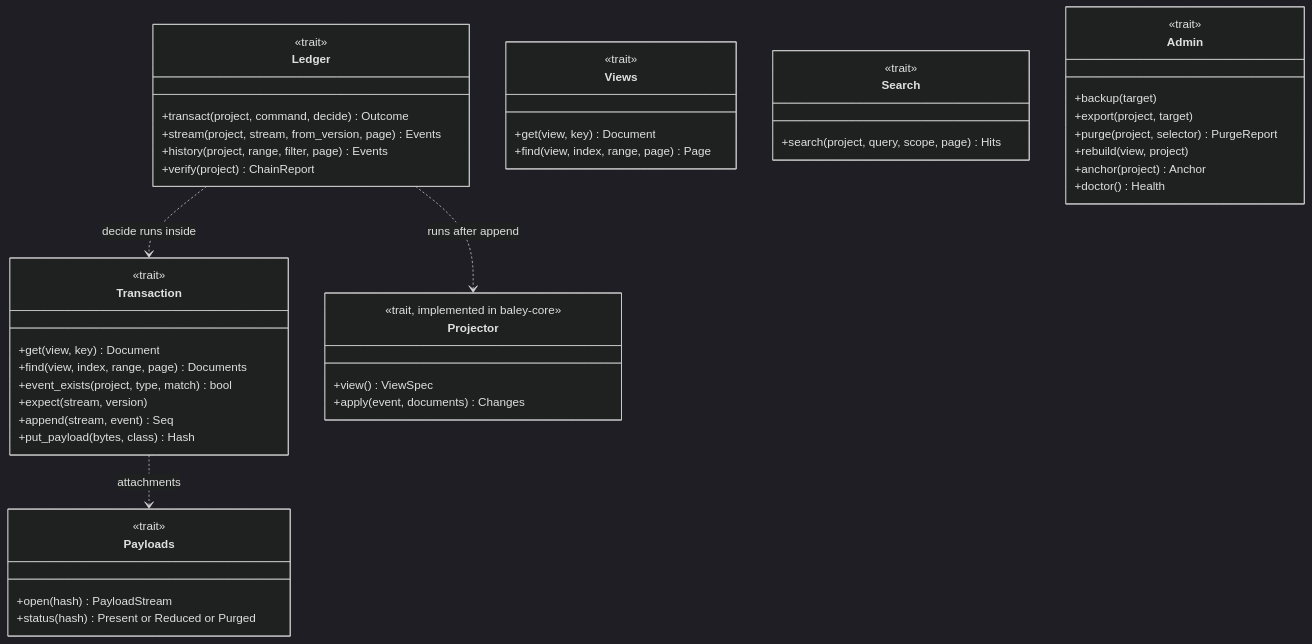
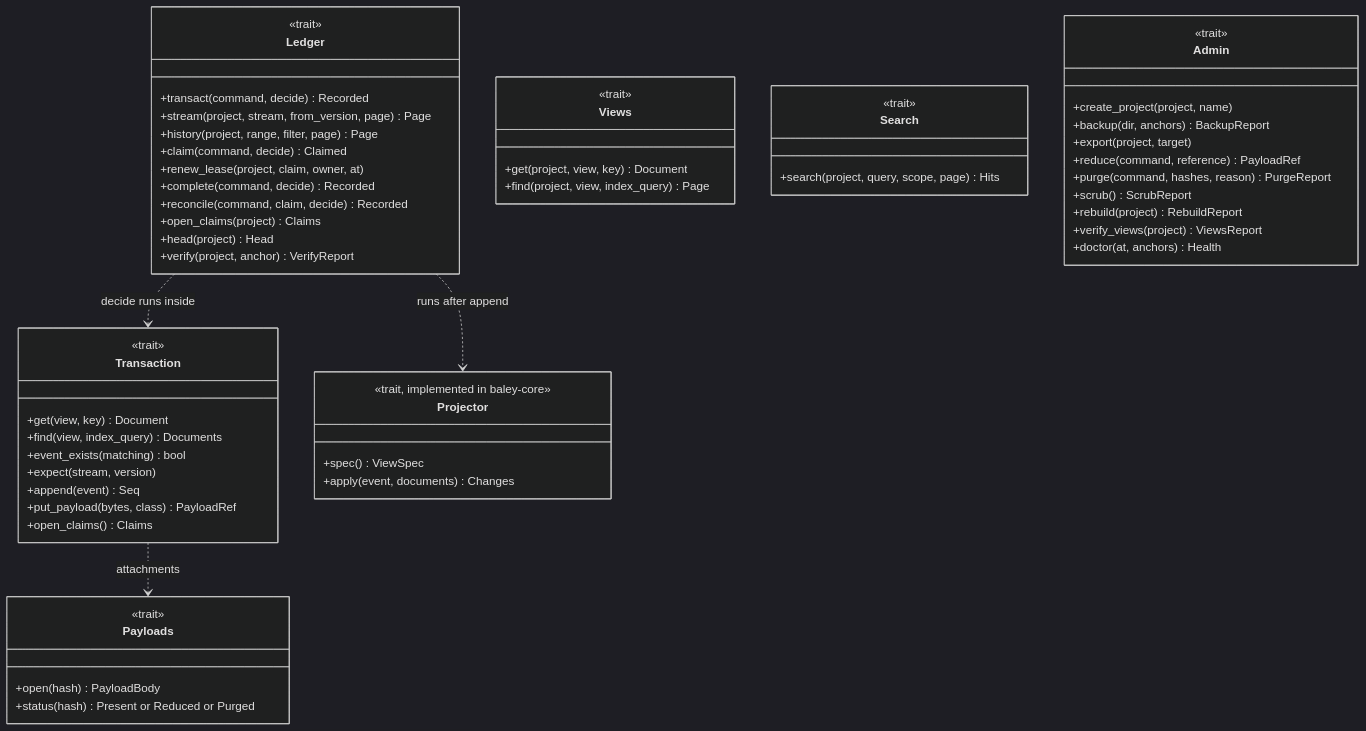
Before and after one commit to crenshawdev/baley: the fourth of 11 diagrams in docs/design/0001-evidence-ledger.md, drawn with Mermaid (dark theme). The commit also changed other lines of this file and 16 other files, not shown here.

````diff
--- a/docs/design/0001-evidence-ledger.md
+++ b/docs/design/0001-evidence-ledger.md
@@ -221,50 +221,60 @@
 ```mermaid
 classDiagram
   class Ledger {
     <<trait>>
-    +transact(project, command, decide) Outcome
-    +stream(project, stream, from_version, page) Events
-    +history(project, range, filter, page) Events
-    +verify(project) ChainReport
+    +transact(command, decide) Recorded
+    +stream(project, stream, from_version, page) Page
+    +history(project, range, filter, page) Page
+    +claim(command, decide) Claimed
+    +renew_lease(project, claim, owner, at)
+    +complete(command, decide) Recorded
+    +reconcile(command, claim, decide) Recorded
+    +open_claims(project) Claims
+    +head(project) Head
+    +verify(project, anchor) VerifyReport
   }
   class Transaction {
     <<trait>>
     +get(view, key) Document
-    +find(view, index, range, page) Documents
-    +event_exists(project, type, match) bool
+    +find(view, index_query) Documents
+    +event_exists(matching) bool
     +expect(stream, version)
-    +append(stream, event) Seq
-    +put_payload(bytes, class) Hash
+    +append(event) Seq
+    +put_payload(bytes, class) PayloadRef
+    +open_claims() Claims
   }
   class Views {
     <<trait>>
-    +get(view, key) Document
-    +find(view, index, range, page) Page
+    +get(project, view, key) Document
+    +find(project, view, index_query) Page
   }
   class Payloads {
     <<trait>>
-    +open(hash) PayloadStream
+    +open(hash) PayloadBody
     +status(hash) Present or Reduced or Purged
   }
   class Search {
     <<trait>>
     +search(project, query, scope, page) Hits
   }
   class Admin {
     <<trait>>
-    +backup(target)
+    +create_project(project, name)
+    +backup(dir, anchors) BackupReport
     +export(project, target)
-    +purge(project, selector) PurgeReport
-    +rebuild(view, project)
-    +anchor(project) Anchor
-    +doctor() Health
+    +reduce(command, reference) PayloadRef
+    +purge(command, hashes, reason) PurgeReport
+    +scrub() ScrubReport
+    +rebuild(project) RebuildReport
+    +verify_views(project) ViewsReport
+    +doctor(at, anchors) Health
   }
   class Projector {
     <<trait, implemented in baley-core>>
-    +view() ViewSpec
+    +spec() ViewSpec
     +apply(event, documents) Changes
   }
   Ledger ..> Transaction : decide runs inside
   Ledger ..> Projector : runs after append
   Transaction ..> Payloads : attachments
 ```
````
